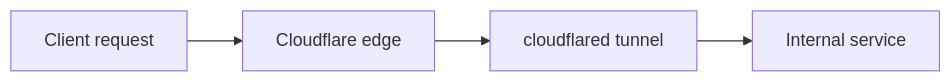
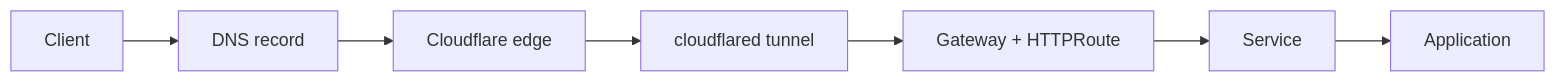
One commit to davelowelarsson/davidlowelarsson.com changed the second of 2 diagrams in src/content/posts/2026/experiment-home-lab-topology/index.md. Above: the diagram before and after it, drawn with Mermaid. The commit also changed other lines of this file and 1 other file, not shown here.

Commit message:
Update home lab topology diagram and documentation to reflect DNS as service registry

````diff
--- a/src/content/posts/2026/experiment-home-lab-topology/index.md
+++ b/src/content/posts/2026/experiment-home-lab-topology/index.md
@@ -37,6 +69,9 @@
 ```mermaid
 flowchart LR
-    client[Client request] --> edge[Cloudflare edge]
-    edge --> tunnel[cloudflared tunnel]
-    tunnel --> service[Internal service]
+   client[Client] --> dns[DNS record]
+   dns --> edge[Cloudflare edge]
+   edge --> tunnel[cloudflared tunnel]
+   tunnel --> gateway[Gateway + HTTPRoute]
+   gateway --> svc[Service]
+   svc --> app[Application]
 ```
````
